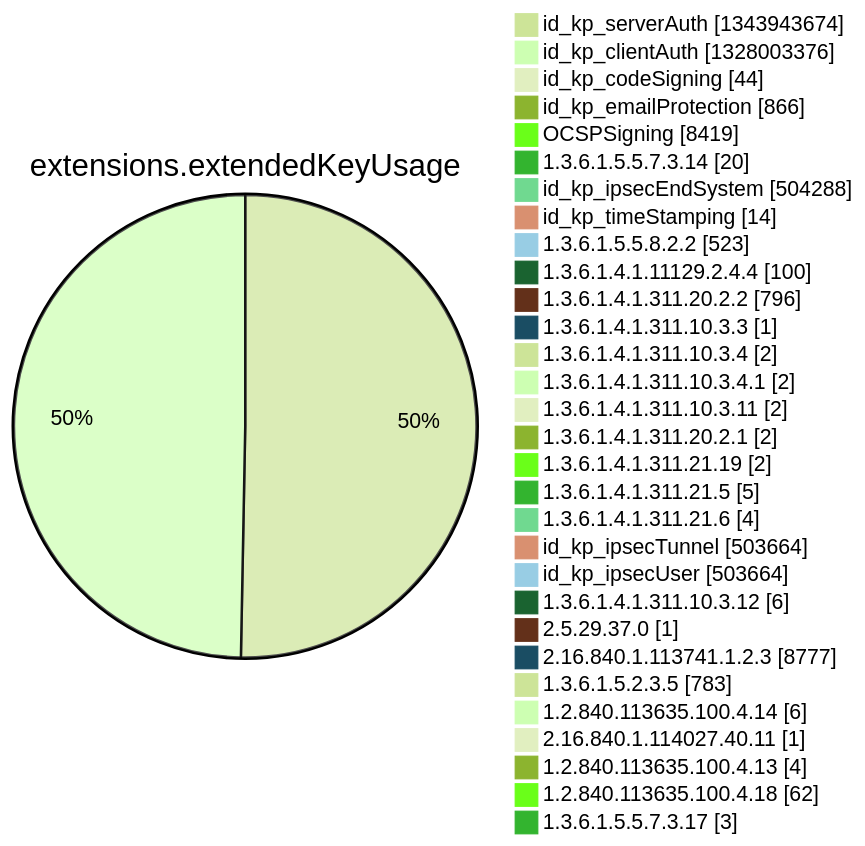
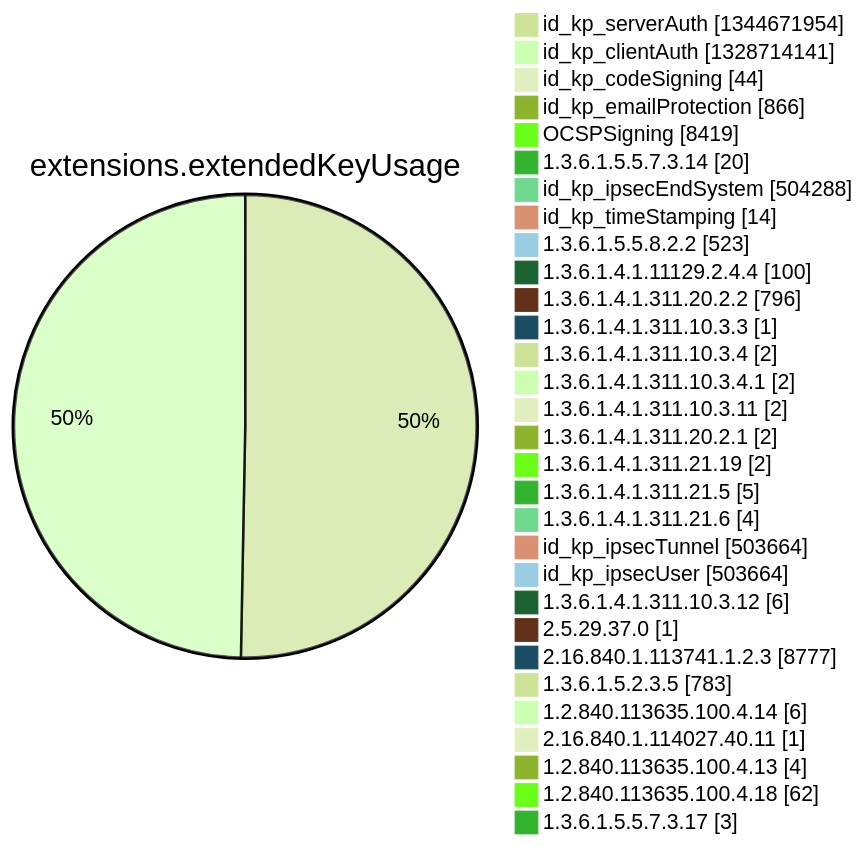
Diagram 12 of 15 in argon2022/README.md (christiankrug/ctmonitor_visualization), drawn with Mermaid (forest theme) before and after one commit. The commit also changed other lines of this file, not shown here.

````diff
--- a/argon2022/README.md
+++ b/argon2022/README.md
@@ -3553,34 +3553,34 @@
 ```mermaid
 pie showData
 title extensions.extendedKeyUsage
-"id_kp_serverAuth" :1343943674
-"id_kp_clientAuth" :1328003376
+"id_kp_serverAuth" :1344671954
+"id_kp_clientAuth" :1328714141
 "id_kp_codeSigning" :44
 "id_kp_emailProtection" :866
 "OCSPSigning" :8419
 "1.3.6.1.5.5.7.3.14" :20
 "id_kp_ipsecEndSystem" :504288
 "id_kp_timeStamping" :14
 "1.3.6.1.5.5.8.2.2" :523
 "1.3.6.1.4.1.11129.2.4.4" :100
 "1.3.6.1.4.1.311.20.2.2" :796
 "1.3.6.1.4.1.311.10.3.3" :1
 "1.3.6.1.4.1.311.10.3.4" :2
 "1.3.6.1.4.1.311.10.3.4.1" :2
 "1.3.6.1.4.1.311.10.3.11" :2
 "1.3.6.1.4.1.311.20.2.1" :2
 "1.3.6.1.4.1.311.21.19" :2
 "1.3.6.1.4.1.311.21.5" :5
 "1.3.6.1.4.1.311.21.6" :4
 "id_kp_ipsecTunnel" :503664
 "id_kp_ipsecUser" :503664
 "1.3.6.1.4.1.311.10.3.12" :6
 "2.5.29.37.0" :1
 "2.16.840.1.113741.1.2.3" :8777
 "1.3.6.1.5.2.3.5" :783
 "1.2.840.113635.100.4.14" :6
 "2.16.840.1.114027.40.11" :1
 "1.2.840.113635.100.4.13" :4
 "1.2.840.113635.100.4.18" :62
 "1.3.6.1.5.5.7.3.17" :3
 ```
````
